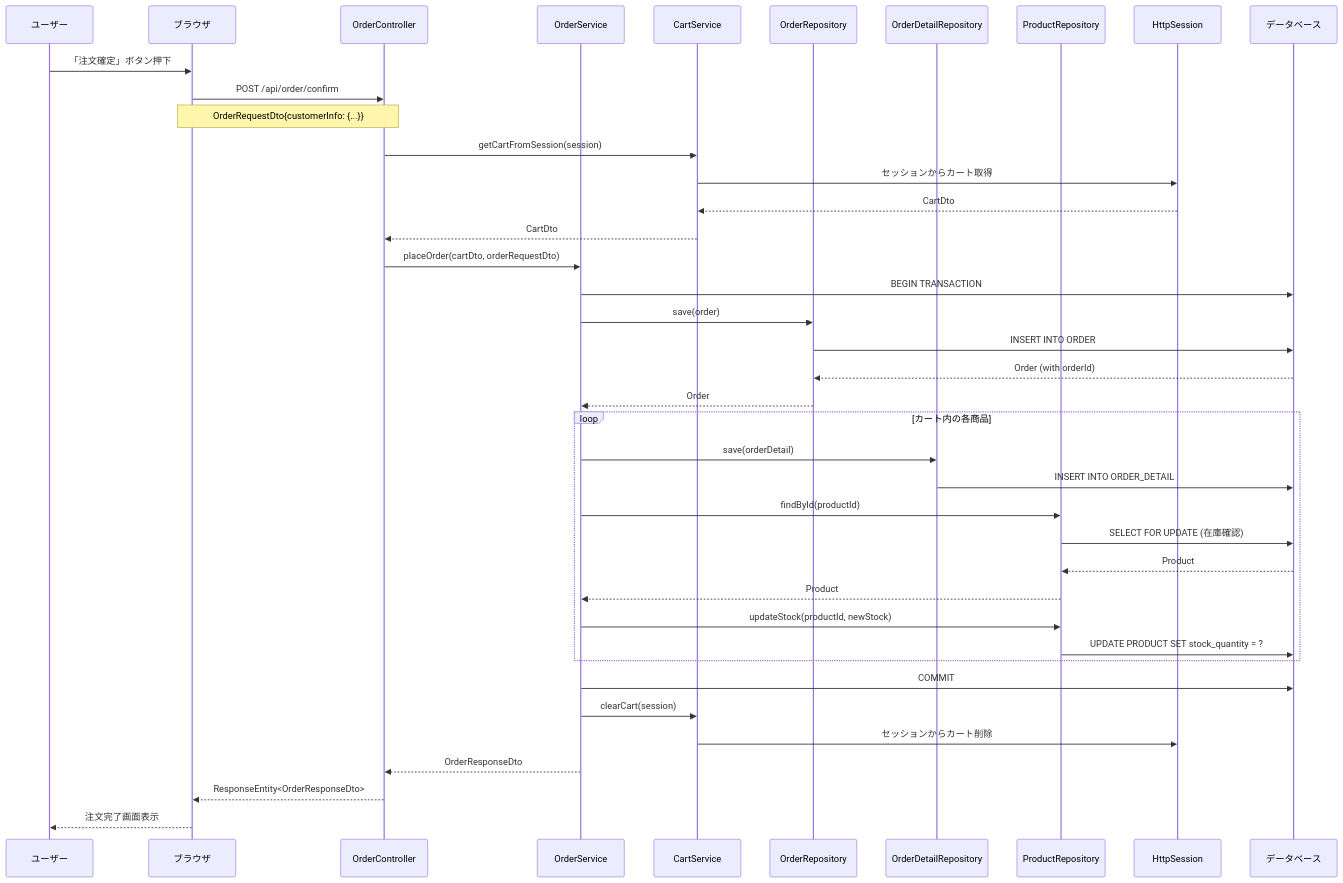
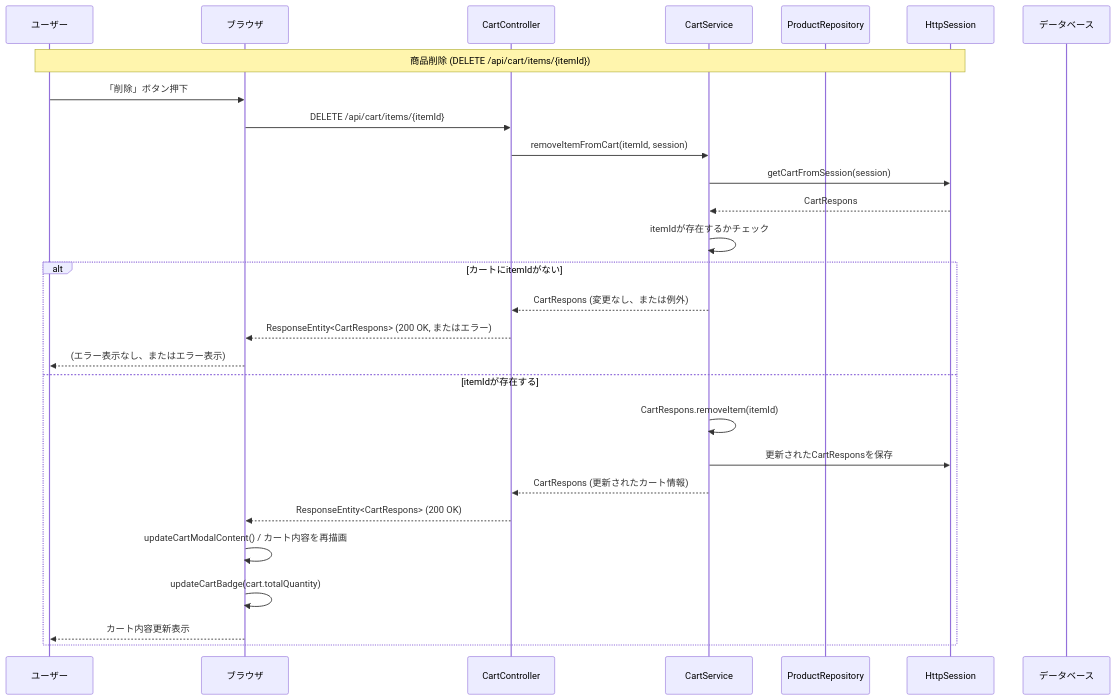
Before and after one commit to shogomaeda758/Bacon: the ninth of 22 diagrams in 詳細設計/詳細設計書_v3.md, drawn with Mermaid. The commit also changed other lines of this file, not shown here.

Commit message:
シーケンス図変更＿詳細設計書

````diff
--- a/詳細設計/詳細設計書_v3.md
+++ b/詳細設計/詳細設計書_v3.md
@@ -428,46 +413,30 @@
 ```mermaid
 sequenceDiagram
     participant U as ユーザー
     participant B as ブラウザ
-    participant OC as OrderController
-    participant OS as OrderService
+    participant CC as CartController
     participant CS as CartService
-    participant OR as OrderRepository
-    participant ODR as OrderDetailRepository
     participant PR as ProductRepository
     participant S as HttpSession
     participant DB as データベース
-
-    U->>B: 「注文確定」ボタン押下
-    B->>OC: POST /api/order/confirm
-    Note over B,OC: OrderRequestDto{customerInfo: {...}}
-    OC->>CS: getCartFromSession(session)
-    CS->>S: セッションからカート取得
-    S-->>CS: CartDto
-    CS-->>OC: CartDto
-    OC->>OS: placeOrder(cartDto, orderRequestDto)
-    
-    OS->>DB: BEGIN TRANSACTION
-    OS->>OR: save(order)
-    OR->>DB: INSERT INTO ORDER
-    DB-->>OR: Order (with orderId)
-    OR-->>OS: Order
-    
-    loop カート内の各商品
-        OS->>ODR: save(orderDetail)
-        ODR->>DB: INSERT INTO ORDER_DETAIL
-        OS->>PR: findById(productId)
-        PR->>DB: SELECT FOR UPDATE (在庫確認)
-        DB-->>PR: Product
-        PR-->>OS: Product
-        OS->>PR: updateStock(productId, newStock)
-        PR->>DB: UPDATE PRODUCT SET stock_quantity = ?
+    Note over U,S: 商品削除 (DELETE /api/cart/items/{itemId})
+    U->>B: 「削除」ボタン押下
+    B->>CC: DELETE /api/cart/items/{itemId}
+    CC->>CS: removeItemFromCart(itemId, session)
+    CS->>S: getCartFromSession(session)
+    S-->>CS: CartRespons
+    CS->>CS: itemIdが存在するかチェック
+    alt カートにitemIdがない
+        CS-->>CC: CartRespons (変更なし、または例外)
+        CC-->>B: ResponseEntity<CartRespons> (200 OK, またはエラー)
+        B-->>U: (エラー表示なし、またはエラー表示)
+    else itemIdが存在する
+        CS->>CS: CartRespons.removeItem(itemId)
+        CS->>S: 更新されたCartResponsを保存
+        CS-->>CC: CartRespons (更新されたカート情報)
+        CC-->>B: ResponseEntity<CartRespons> (200 OK)
+        B->>B: updateCartModalContent() / カート内容を再描画
+        B->>B: updateCartBadge(cart.totalQuantity)
+        B-->>U: カート内容更新表示
     end
-    
-    OS->>DB: COMMIT
-    OS->>CS: clearCart(session)
-    CS->>S: セッションからカート削除
-    OS-->>OC: OrderResponseDto
-    OC-->>B: ResponseEntity<OrderResponseDto>
-    B-->>U: 注文完了画面表示
 ```
````
